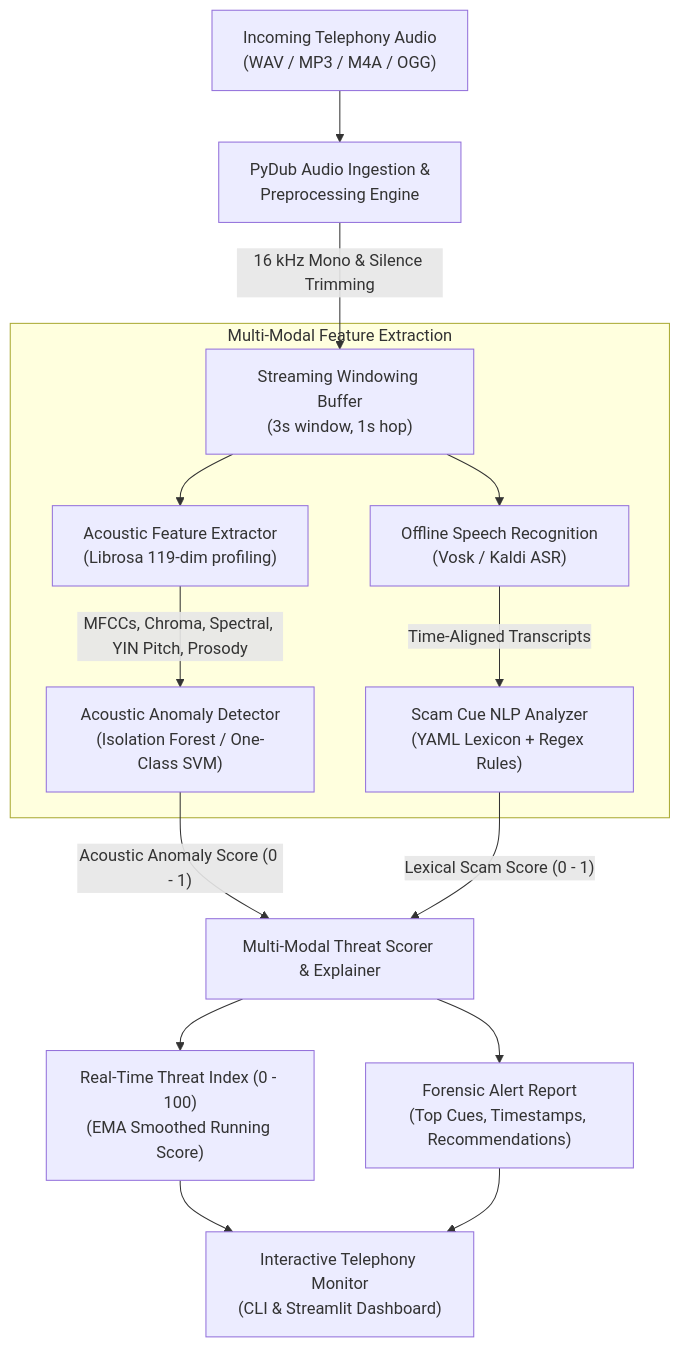
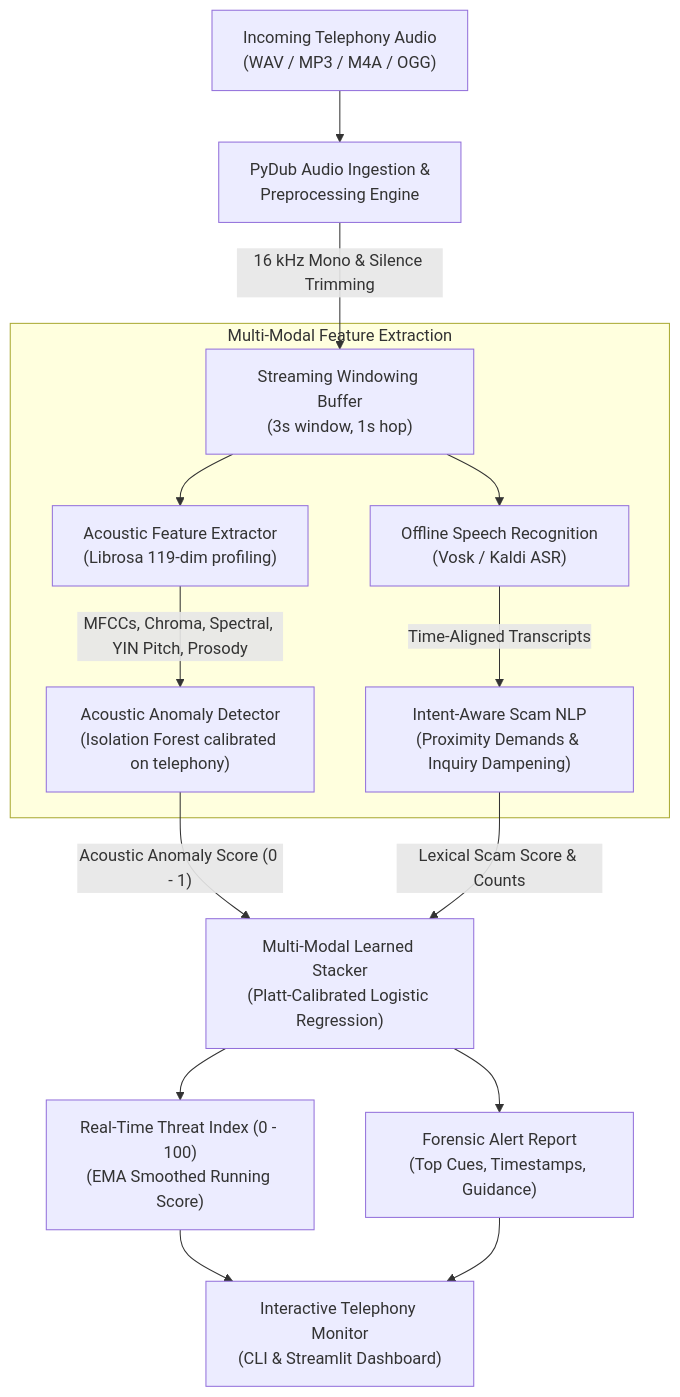
The diagram in README.md (Adhiraj2601/voice-phishing-detection), drawn with Mermaid before and after one commit. The commit also changed other lines of this file and 1 other file, not shown here.

````diff
--- a/README.md
+++ b/README.md
@@ -14,22 +14,22 @@
 ```mermaid
 flowchart TD
     A["Incoming Telephony Audio\n(WAV / MP3 / M4A / OGG)"] --> B["PyDub Audio Ingestion &\nPreprocessing Engine"]
     B -->|"16 kHz Mono & Silence Trimming"| C["Streaming Windowing Buffer\n(3s window, 1s hop)"]
     
     subgraph Multi-Modal Feature Extraction
         C --> D["Acoustic Feature Extractor\n(Librosa 119-dim profiling)"]
         C --> E["Offline Speech Recognition\n(Vosk / Kaldi ASR)"]
         
-        D -->|"MFCCs, Chroma, Spectral, YIN Pitch, Prosody"| F["Acoustic Anomaly Detector\n(Isolation Forest / One-Class SVM)"]
-        E -->|"Time-Aligned Transcripts"| G["Scam Cue NLP Analyzer\n(YAML Lexicon + Regex Rules)"]
+        D -->|"MFCCs, Chroma, Spectral, YIN Pitch, Prosody"| F["Acoustic Anomaly Detector\n(Isolation Forest calibrated on telephony)"]
+        E -->|"Time-Aligned Transcripts"| G["Intent-Aware Scam NLP\n(Proximity Demands & Inquiry Dampening)"]
     end
     
-    F -->|"Acoustic Anomaly Score (0 - 1)"| H["Multi-Modal Threat Scorer & Explainer"]
-    G -->|"Lexical Scam Score (0 - 1)"| H
+    F -->|"Acoustic Anomaly Score (0 - 1)"| H["Multi-Modal Learned Stacker\n(Platt-Calibrated Logistic Regression)"]
+    G -->|"Lexical Scam Score & Counts"| H
     
     H --> I["Real-Time Threat Index (0 - 100)\n(EMA Smoothed Running Score)"]
-    H --> J["Forensic Alert Report\n(Top Cues, Timestamps, Recommendations)"]
+    H --> J["Forensic Alert Report\n(Top Cues, Timestamps, Guidance)"]
     
     I --> K["Interactive Telephony Monitor\n(CLI & Streamlit Dashboard)"]
     J --> K
 ```
````
